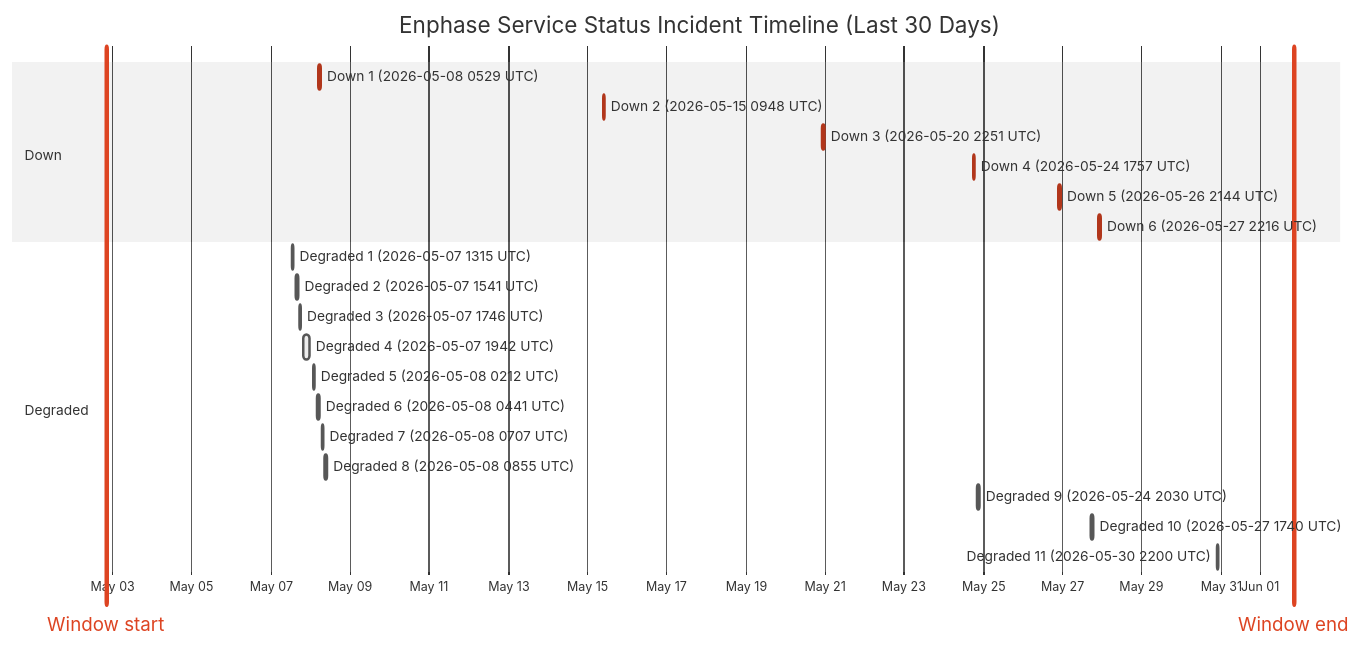
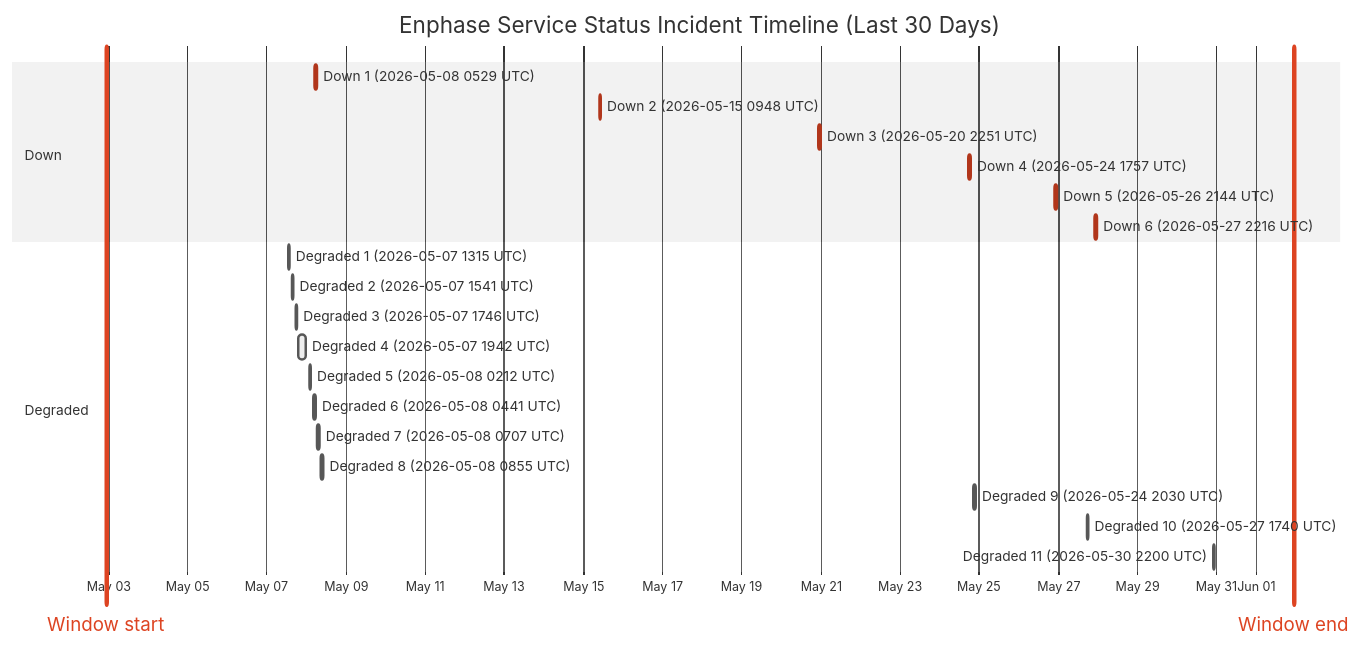
One commit to barneyonline/ha-enphase-ev-charger changed the diagram in wiki/Service-Status-History.md. Above: the diagram before and after it, drawn with Mermaid (neutral theme). The commit also changed other lines of this file and 3 other files, not shown here.

````diff
--- a/wiki/Service-Status-History.md
+++ b/wiki/Service-Status-History.md
@@ -14,27 +14,27 @@
 ```mermaid
 gantt
     title Enphase Service Status Incident Timeline (Last 30 Days)
     dateFormat  YYYY-MM-DDTHH:mm:ss
     axisFormat  %b %d
-    Window start :vert, window-start, 2026-05-02T20:16:54, 0ms
-    Window end :vert, window-end, 2026-06-01T20:16:54, 0ms
+    Window start :vert, window-start, 2026-05-02T22:40:25, 0ms
+    Window end :vert, window-end, 2026-06-01T22:40:25, 0ms
     section Down
     Down 1 (2026-05-08 0529 UTC) :crit, down-1, 2026-05-08T05:29:47, 60m
     Down 2 (2026-05-15 0948 UTC) :crit, down-2, 2026-05-15T09:48:18, 60m
     Down 3 (2026-05-20 2251 UTC) :crit, down-3, 2026-05-20T22:51:14, 75m
     Down 4 (2026-05-24 1757 UTC) :crit, down-4, 2026-05-24T17:57:41, 86m
     Down 5 (2026-05-26 2144 UTC) :crit, down-5, 2026-05-26T21:44:11, 85m
     Down 6 (2026-05-27 2216 UTC) :crit, down-6, 2026-05-27T22:16:53, 87m
     section Degraded
     Degraded 1 (2026-05-07 1315 UTC) :active, degraded-1, 2026-05-07T13:15:25, 60m
     Degraded 2 (2026-05-07 1541 UTC) :active, degraded-2, 2026-05-07T15:41:58, 60m
     Degraded 3 (2026-05-07 1746 UTC) :active, degraded-3, 2026-05-07T17:46:51, 60m
     Degraded 4 (2026-05-07 1942 UTC) :active, degraded-4, 2026-05-07T19:42:10, 249m
     Degraded 5 (2026-05-08 0212 UTC) :active, degraded-5, 2026-05-08T02:12:39, 60m
     Degraded 6 (2026-05-08 0441 UTC) :active, degraded-6, 2026-05-08T04:41:46, 60m
     Degraded 7 (2026-05-08 0707 UTC) :active, degraded-7, 2026-05-08T07:07:30, 60m
     Degraded 8 (2026-05-08 0855 UTC) :active, degraded-8, 2026-05-08T08:55:20, 88m
     Degraded 9 (2026-05-24 2030 UTC) :active, degraded-9, 2026-05-24T20:30:57, 84m
     Degraded 10 (2026-05-27 1740 UTC) :active, degraded-10, 2026-05-27T17:40:52, 60m
     Degraded 11 (2026-05-30 2200 UTC) :active, degraded-11, 2026-05-30T22:00:37, 60m
 ```
````
